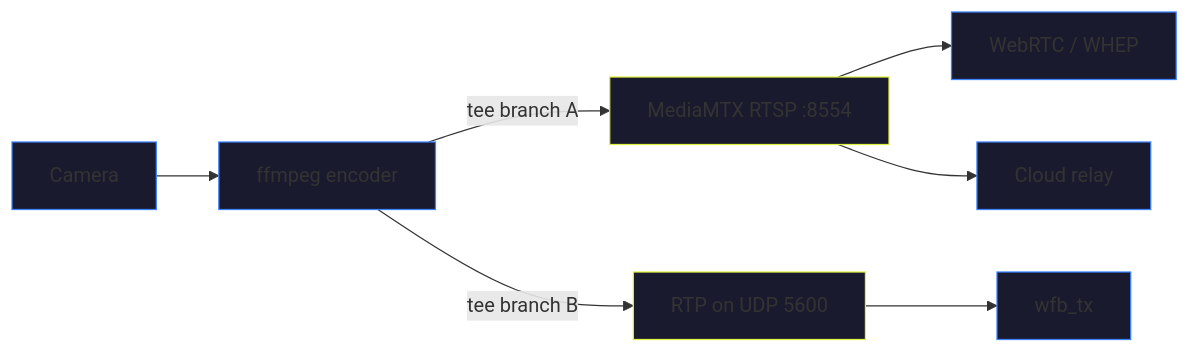
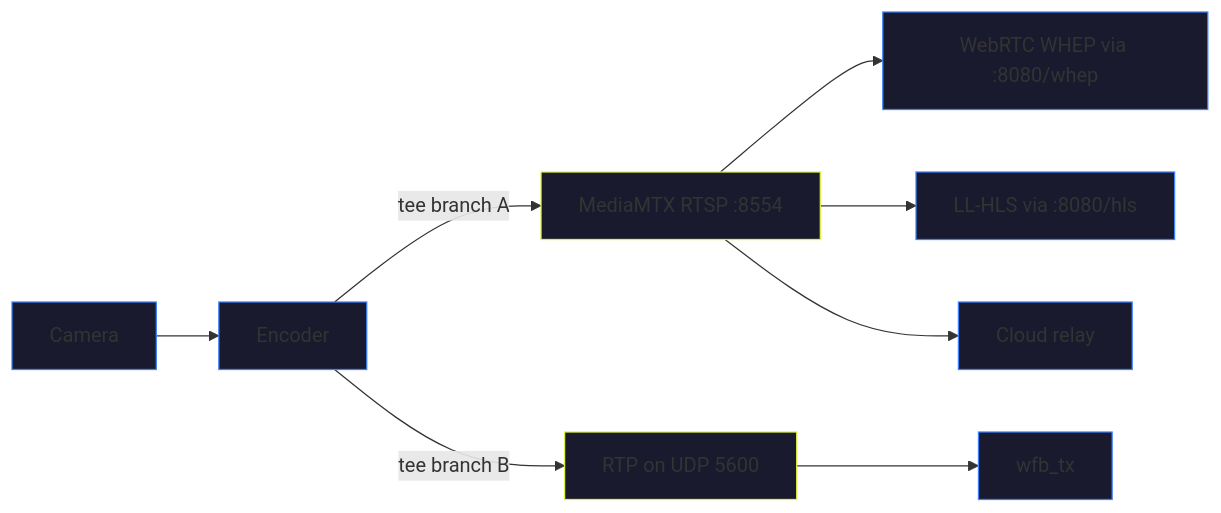
The diagram in drone-agent/video-pipeline.mdx (altnautica/Documentation), drawn with Mermaid before and after one commit. The commit also changed other lines of this file and 412 other files, not shown here.

````diff
--- a/drone-agent/video-pipeline.mdx
+++ b/drone-agent/video-pipeline.mdx
@@ -16,17 +13,19 @@
 ```mermaid
 graph LR
-    A[Camera] --> B[ffmpeg encoder]
+    A[Camera] --> B[Encoder]
     B -->|tee branch A| C[MediaMTX RTSP :8554]
     B -->|tee branch B| R[RTP on UDP 5600]
     R --> D[wfb_tx]
-    C --> E[WebRTC / WHEP]
+    C --> E[WebRTC WHEP via :8080/whep]
+    C --> H[LL-HLS via :8080/hls]
     C --> F[Cloud relay]
 
     style A fill:#1a1a2e,stroke:#3A82FF
     style B fill:#1a1a2e,stroke:#3A82FF
     style C fill:#1a1a2e,stroke:#DFF140
     style R fill:#1a1a2e,stroke:#DFF140
     style D fill:#1a1a2e,stroke:#3A82FF
     style E fill:#1a1a2e,stroke:#3A82FF
+    style H fill:#1a1a2e,stroke:#3A82FF
     style F fill:#1a1a2e,stroke:#3A82FF
 ```
````
